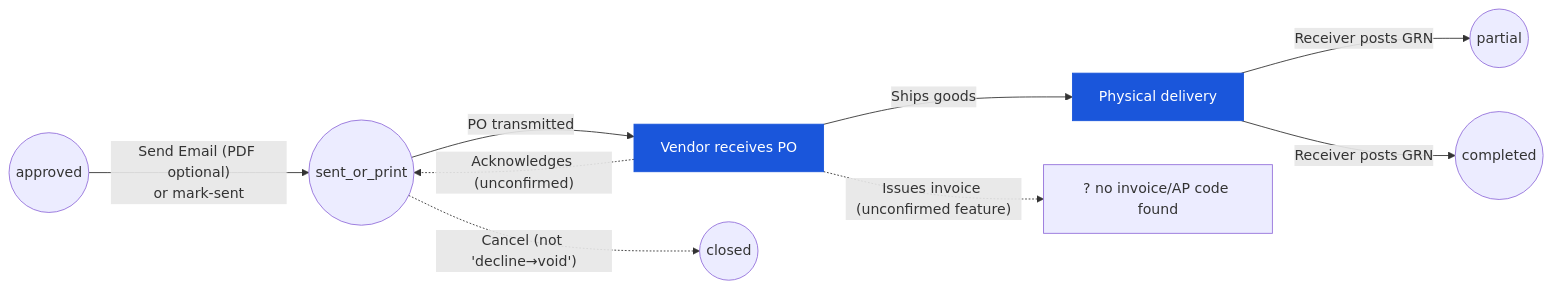
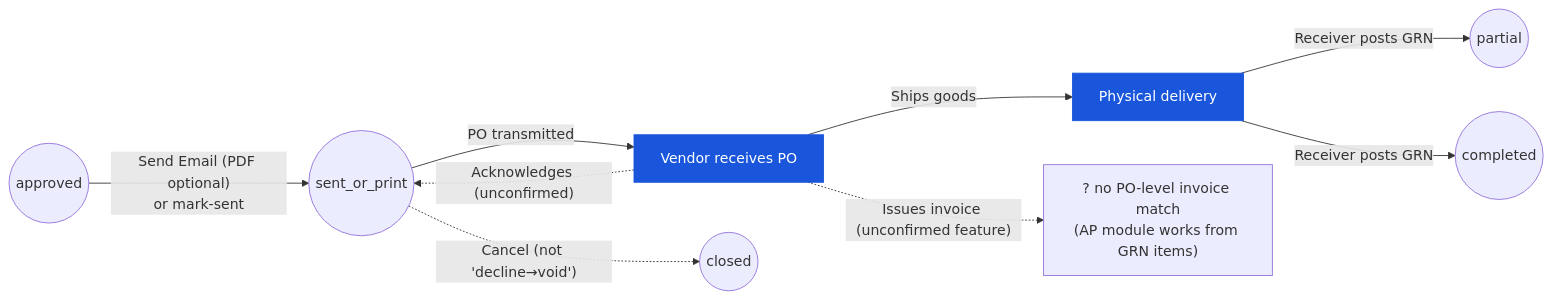
The diagram in en/inventory/purchase-order/03-user-flow-vendor.md (CarmenSoftware-organization/carmen-wiki), drawn with Mermaid before and after one commit. The commit also changed other lines of this file and 18 other files, not shown here.

````diff
--- a/en/inventory/purchase-order/03-user-flow-vendor.md
+++ b/en/inventory/purchase-order/03-user-flow-vendor.md
@@ -23,12 +23,12 @@
 ```mermaid
 graph LR
     approved(("approved")) -->|"Send Email (PDF optional)<br/>or mark-sent"| sent(("sent_or_print"))
     sent -->|"PO transmitted"| vendor["Vendor receives PO"]:::current
     vendor -.->|"Acknowledges (unconfirmed)"| sent
     vendor -->|"Ships goods"| recv["Physical delivery"]:::current
     recv -->|"Receiver posts GRN"| partial(("partial"))
     recv -->|"Receiver posts GRN"| completed(("completed"))
-    vendor -.->|"Issues invoice (unconfirmed feature)"| inv["? no invoice/AP code found"]
+    vendor -.->|"Issues invoice (unconfirmed feature)"| inv["? no PO-level invoice match<br/>(AP module works from GRN items)"]
     sent -.->|"Cancel (not 'decline→void')"| closed(("closed"))
     classDef current fill:#1a56db,color:#fff,stroke:#1a56db;
 ```
````
